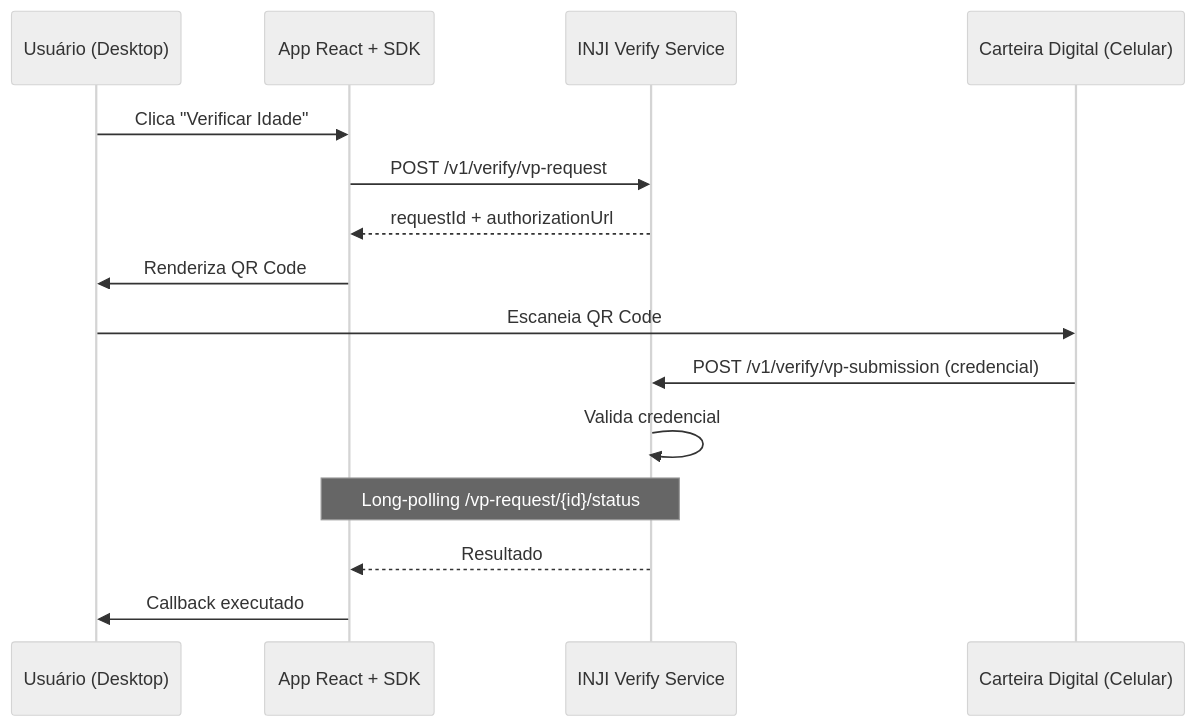
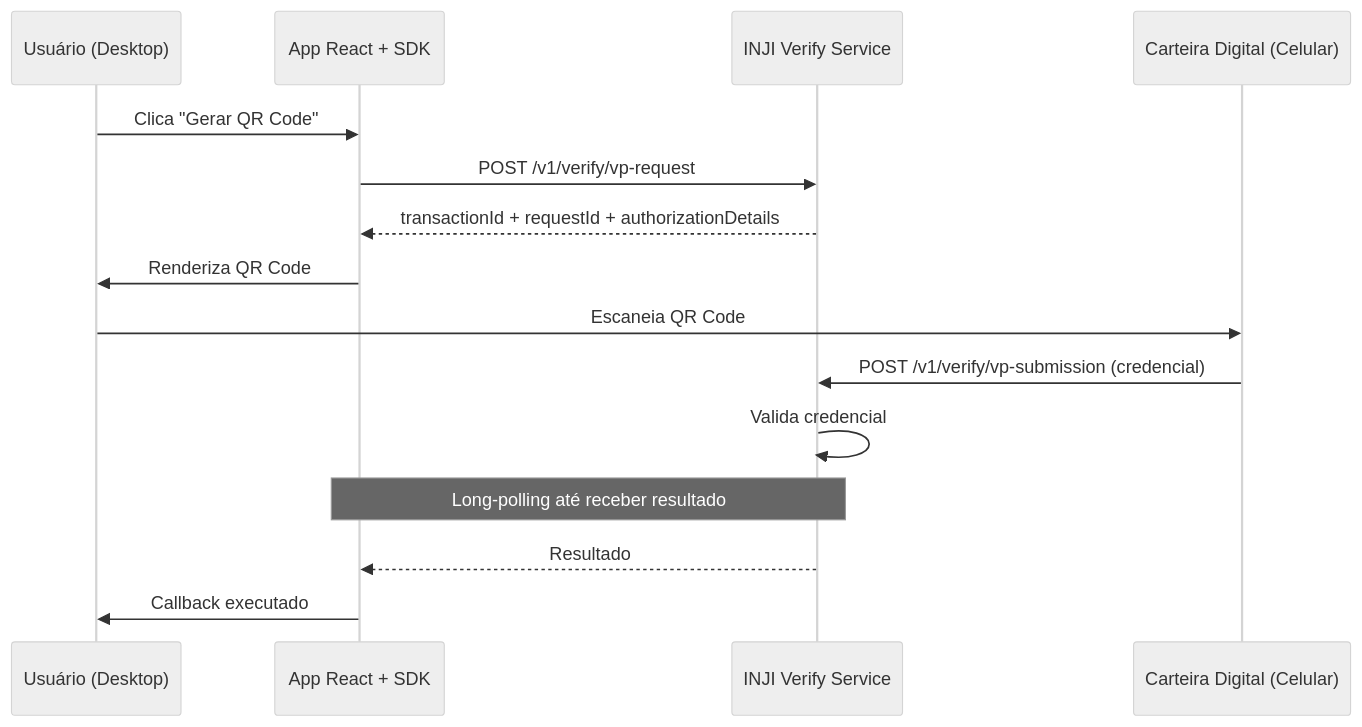
The diagram in integra-web.qmd (infraestrutura-digital/verificaidade_dev), drawn with Mermaid (neutral theme) before and after one commit. The commit also changed other lines of this file and 39 other files, not shown here.

````diff
--- a/integra-web.qmd
+++ b/integra-web.qmd
@@ -11,18 +11,18 @@
 ```{mermaid}
 sequenceDiagram
     participant U as Usuário (Desktop)
     participant SDK as App React + SDK
     participant VS as INJI Verify Service
     participant W as Carteira Digital (Celular)
 
-    U->>SDK: Clica "Verificar Idade"
+    U->>SDK: Clica "Gerar QR Code"
     SDK->>VS: POST /v1/verify/vp-request
-    VS-->>SDK: requestId + authorizationUrl
+    VS-->>SDK: transactionId + requestId + authorizationDetails
     SDK->>U: Renderiza QR Code
     U->>W: Escaneia QR Code
     W->>VS: POST /v1/verify/vp-submission (credencial)
     VS->>VS: Valida credencial
-    Note over SDK,VS: Long-polling /vp-request/{id}/status
+    Note over SDK,VS: Long-polling até receber resultado
     VS-->>SDK: Resultado
     SDK->>U: Callback executado
 ```
````
